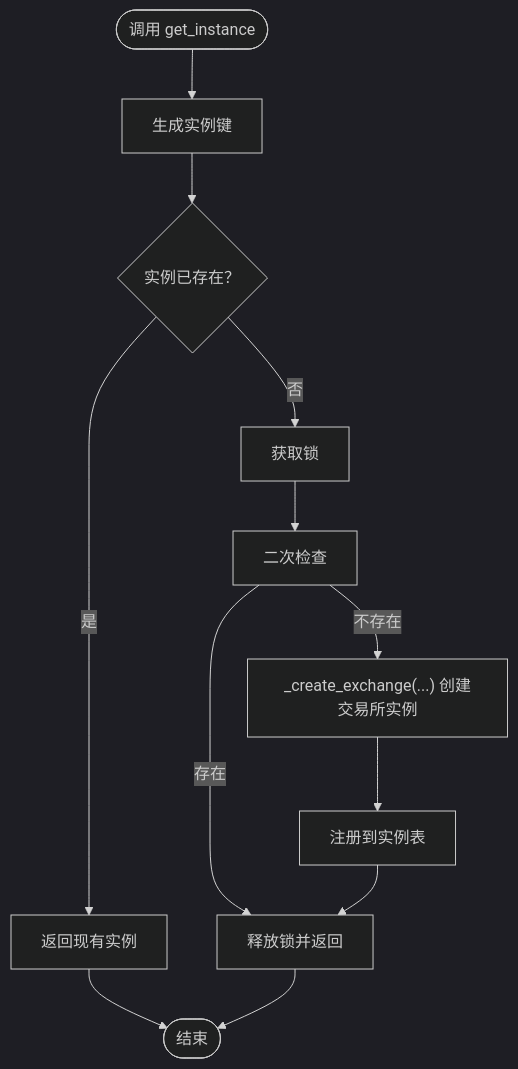
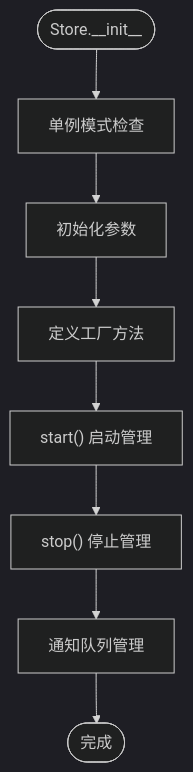
One commit to bench-prog/backtrader changed the third of 8 diagrams in .qoder/repowiki/zh/content/实盘交易模块/架构设计概览.md. Above: the diagram before and after it, drawn with Mermaid (dark theme). The commit also changed other lines of this file and 23 other files, not shown here.

````diff
--- a/.qoder/repowiki/zh/content/实盘交易模块/架构设计概览.md
+++ b/.qoder/repowiki/zh/content/实盘交易模块/架构设计概览.md
@@ -284,14 +190,10 @@
 ```mermaid
 flowchart TD
-Start(["调用 get_instance"]) --> CheckKey["生成实例键"]
-CheckKey --> Exists{"实例已存在？"}
-Exists --> |是| ReturnInst["返回现有实例"]
-Exists --> |否| Lock["获取锁"]
-Lock --> DoubleCheck["二次检查"]
-DoubleCheck --> |存在| Unlock["释放锁并返回"]
-DoubleCheck --> |不存在| Create["_create_exchange(...) 创建交易所实例"]
-Create --> Register["注册到实例表"]
-Register --> Unlock
-ReturnInst --> End(["结束"])
-Unlock --> End
+Start(["Store.__init__"]) --> Singleton["单例模式检查"]
+Singleton --> Params["初始化参数"]
+Params --> Methods["定义工厂方法"]
+Methods --> StartMethod["start() 启动管理"]
+StartMethod --> StopMethod["stop() 停止管理"]
+StopMethod --> Notifications["通知队列管理"]
+Notifications --> End(["完成"])
 ```
````
